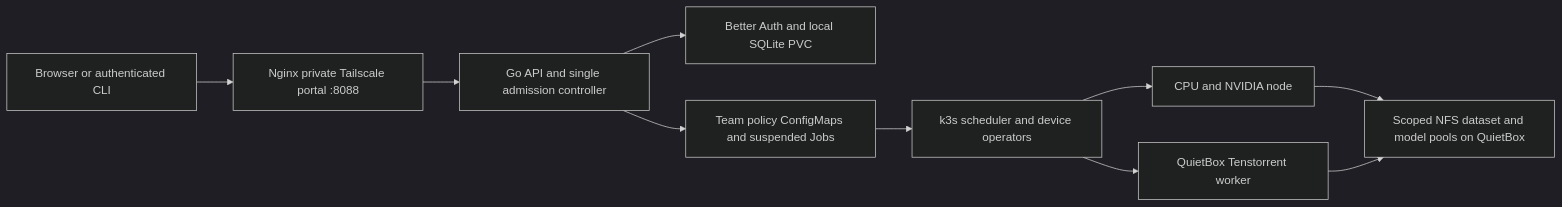
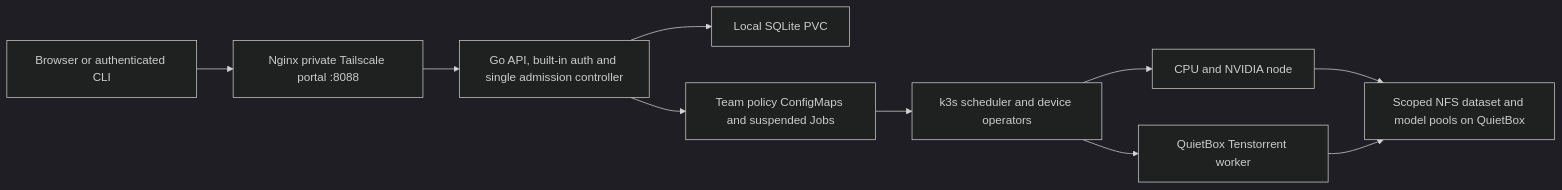
One commit to UTMIST/Mist changed the diagram in docs/architecture.md. Above: the diagram before and after it, drawn with Mermaid (dark theme). The commit also changed other lines of this file and 34 other files, not shown here.

````diff
--- a/docs/architecture.md
+++ b/docs/architecture.md
@@ -7,12 +7,12 @@
 ```mermaid
 flowchart LR
     Client[Browser or authenticated CLI] --> Portal[Nginx private Tailscale portal :8088]
-    Portal --> API[Go API and single admission controller]
-    API --> Auth[Better Auth and local SQLite PVC]
+    Portal --> API[Go API, built-in auth and single admission controller]
+    API --> Auth[Local SQLite PVC]
     API --> State[Team policy ConfigMaps and suspended Jobs]
     State --> K8s[k3s scheduler and device operators]
     K8s --> Main[CPU and NVIDIA node]
     K8s --> TT[QuietBox Tenstorrent worker]
     Main --> Store[Scoped NFS dataset and model pools on QuietBox]
     TT --> Store
 ```
````
